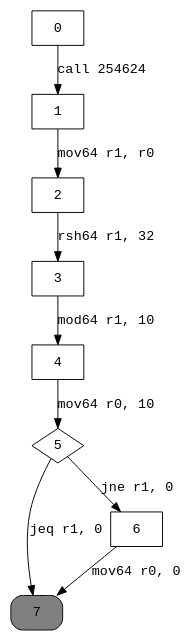
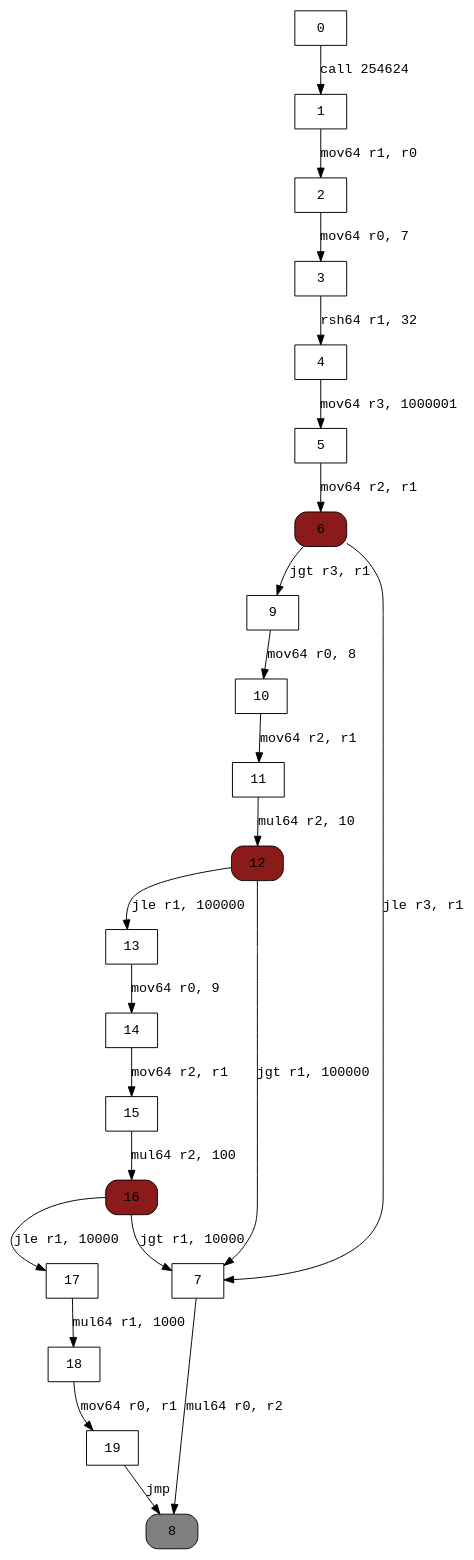
Before and after one commit to XicoCorreia/Information-Flow-Analysis-Thesis: the diagram in ebpfPrograms/graphs/example.dot, drawn with Graphviz. The commit also changed 10 other files, not shown here.

```diff
--- a/ebpfPrograms/graphs/example.dot
+++ b/ebpfPrograms/graphs/example.dot
@@ -1,15 +1,31 @@
 digraph cfg { 
 node [fontname="monospace"];
 node [shape=box];
 edge [fontname="monospace"];
   0 -> 1 [label="call 254624"];
   1 -> 2 [label="mov64 r1, r0"];
-  2 -> 3 [label="rsh64 r1, 32"];
-  3 -> 4 [label="mod64 r1, 10"];
-  4 -> 5 [label="mov64 r0, 10"];
-  5 -> 7 [label="jeq r1, 0"];
-  5 -> 6 [label="jne r1, 0"];
-  6 -> 7 [label="mov64 r0, 0"];
-5 [shape=diamond];
-7 [style="rounded,filled",fillcolor=grey];
+  2 -> 3 [label="mov64 r0, 7"];
+  3 -> 4 [label="rsh64 r1, 32"];
+  4 -> 5 [label="mov64 r3, 1000001"];
+  5 -> 6 [label="mov64 r2, r1"];
+  6 -> 9 [label="jgt r3, r1"];
+  6 -> 7 [label="jle r3, r1"];
+  7 -> 8 [label="mul64 r0, r2"];
+  9 -> 10 [label="mov64 r0, 8"];
+  10 -> 11 [label="mov64 r2, r1"];
+  11 -> 12 [label="mul64 r2, 10"];
+  12 -> 7 [label="jgt r1, 100000"];
+  12 -> 13 [label="jle r1, 100000"];
+  13 -> 14 [label="mov64 r0, 9"];
+  14 -> 15 [label="mov64 r2, r1"];
+  15 -> 16 [label="mul64 r2, 100"];
+  16 -> 7 [label="jgt r1, 10000"];
+  16 -> 17 [label="jle r1, 10000"];
+  17 -> 18 [label="mul64 r1, 1000"];
+  18 -> 19 [label="mov64 r0, r1"];
+  19 -> 8 [label="jmp"];
+6 [style="rounded,filled",fillcolor=firebrick4];
+8 [style="rounded,filled",fillcolor=grey];
+12 [style="rounded,filled",fillcolor=firebrick4];
+16 [style="rounded,filled",fillcolor=firebrick4];
 }
```
